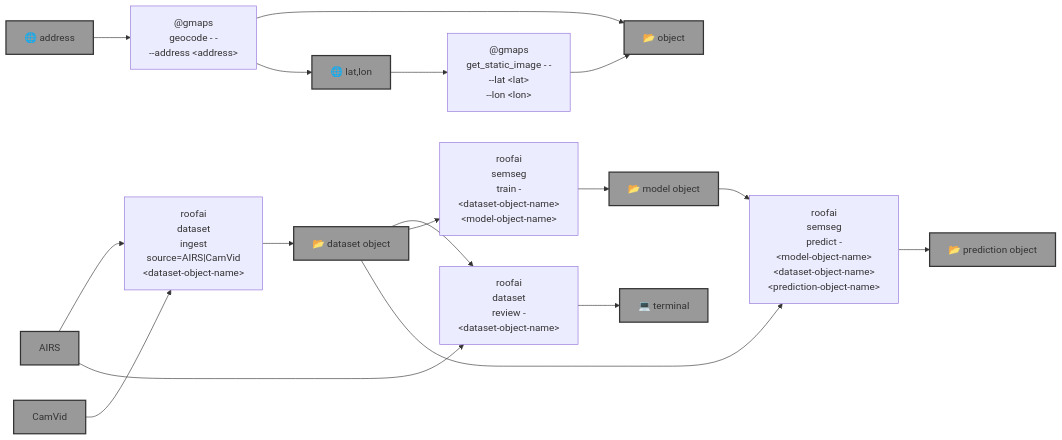
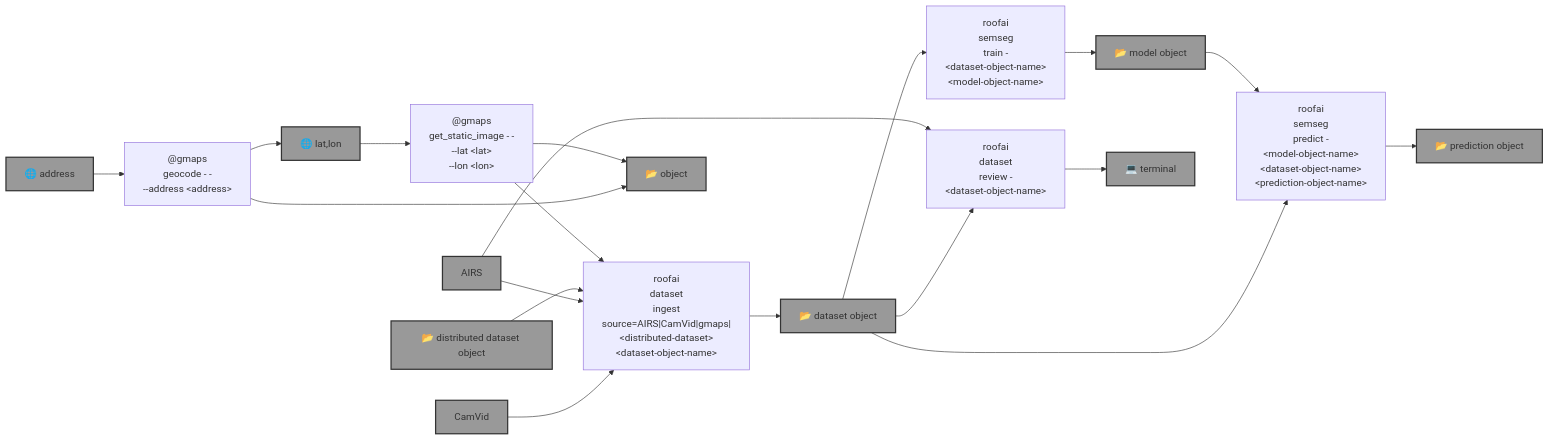
The diagram in README.md (kamangir/roofai), drawn with Mermaid before and after one commit. The commit also changed other lines of this file and 5 other files, not shown here.

````diff
--- a/README.md
+++ b/README.md
@@ -9,48 +9,51 @@
 ```mermaid
 graph LR
-    dataset_ingest["roofai<br>dataset<br>ingest<br>source=AIRS|CamVid<br>&lt;dataset-object-name&gt;"]
+    dataset_ingest["roofai<br>dataset<br>ingest<br>source=AIRS|CamVid|gmaps|&lt;distributed-dataset&gt;<br>&lt;dataset-object-name&gt;"]
 
     dataset_review["roofai<br>dataset<br>review -<br>&lt;dataset-object-name&gt;"]
 
     gmaps_get_static_image["@gmaps<br>get_static_image - -<br>--lat &lt;lat&gt;<br>--lon &lt;lon&gt;"]
 
     gmaps_geocode["@gmaps<br>geocode - -<br>--address &lt;address&gt;"]
 
     semseg_train["roofai<br>semseg<br>train -<br>&lt;dataset-object-name&gt;<br>&lt;model-object-name&gt;"]
 
     semseg_predict["roofai<br>semseg<br>predict -<br>&lt;model-object-name&gt;<br>&lt;dataset-object-name&gt;<br>&lt;prediction-object-name&gt;"]
 
     address["🌐 address"]:::folder
     lat_lon["🌐 lat,lon"]:::folder
     AIRS["AIRS"]:::folder
     CamVid["CamVid"]:::folder
     dataset_object_name["📂 dataset object"]:::folder
+    distributed_dataset_object_name["📂 distributed dataset object"]:::folder
     model_object_name["📂 model object"]:::folder
     prediction_object_name["📂 prediction object"]:::folder
     object_name["📂 object"]:::folder
     terminal["💻 terminal"]:::folder
 
+    gmaps_get_static_image --> dataset_ingest
+    distributed_dataset_object_name --> dataset_ingest
     AIRS --> dataset_ingest
     CamVid --> dataset_ingest
     dataset_ingest --> dataset_object_name
 
     AIRS --> dataset_review
     dataset_object_name --> dataset_review
     dataset_review --> terminal
 
     dataset_object_name --> semseg_train
     semseg_train --> model_object_name
 
     model_object_name --> semseg_predict
     dataset_object_name --> semseg_predict
     semseg_predict --> prediction_object_name
 
     lat_lon --> gmaps_get_static_image
     gmaps_get_static_image --> object_name
 
     address --> gmaps_geocode
     gmaps_geocode --> object_name
     gmaps_geocode --> lat_lon
 
     classDef folder fill:#999,stroke:#333,stroke-width:2px;
 ```
````
